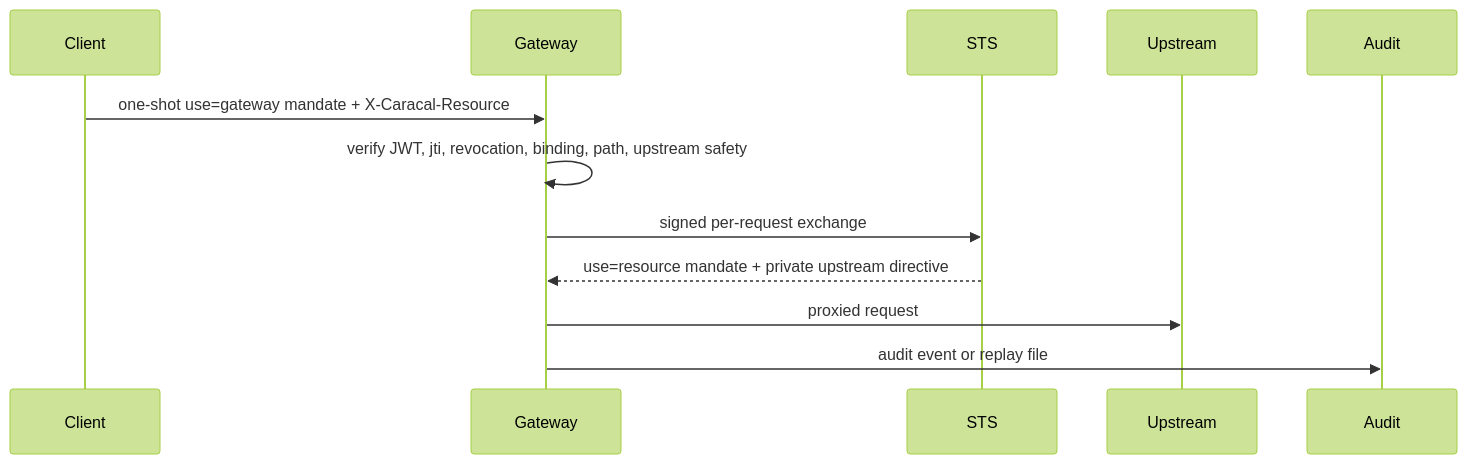
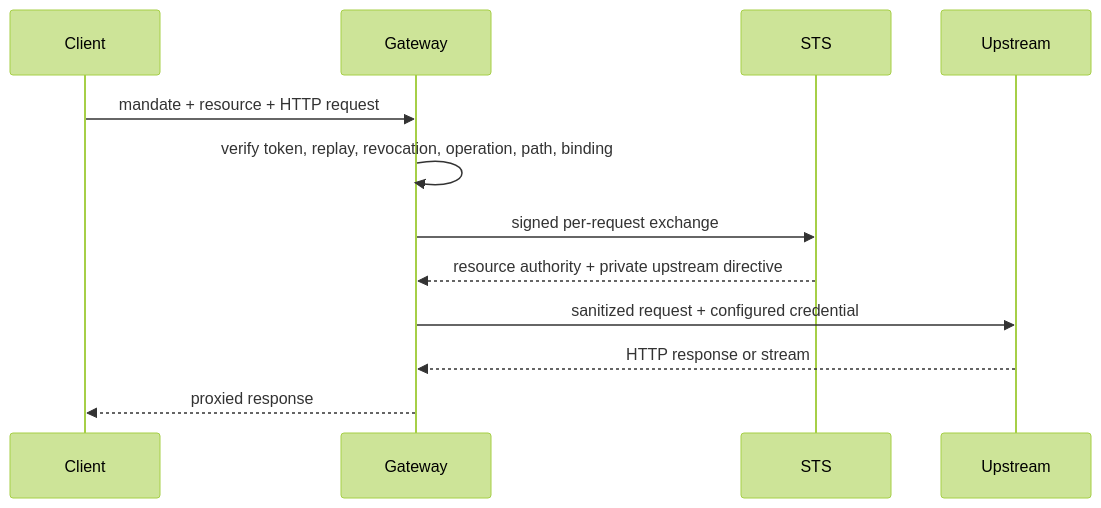
Before and after one commit to Garudex-Labs/caracal: the diagram in docs/src/content/docs/services/gateway.mdx, drawn with Mermaid (forest theme). The commit also changed other lines of this file and 7 other files, not shown here.

````diff
--- a/docs/src/content/docs/services/gateway.mdx
+++ b/docs/src/content/docs/services/gateway.mdx
@@ -20,14 +13,14 @@
 ```mermaid
 sequenceDiagram
   participant Client
   participant Gateway
   participant STS
   participant Upstream
-  participant Audit
-  Client->>Gateway: one-shot use=gateway mandate + X-Caracal-Resource
-  Gateway->>Gateway: verify JWT, jti, revocation, binding, path, upstream safety
+  Client->>Gateway: mandate + resource + HTTP request
+  Gateway->>Gateway: verify token, replay, revocation, operation, path, binding
   Gateway->>STS: signed per-request exchange
-  STS-->>Gateway: use=resource mandate + private upstream directive
-  Gateway->>Upstream: proxied request
-  Gateway->>Audit: audit event or replay file
+  STS-->>Gateway: resource authority + private upstream directive
+  Gateway->>Upstream: sanitized request + configured credential
+  Upstream-->>Gateway: HTTP response or stream
+  Gateway-->>Client: proxied response
 ```
````
